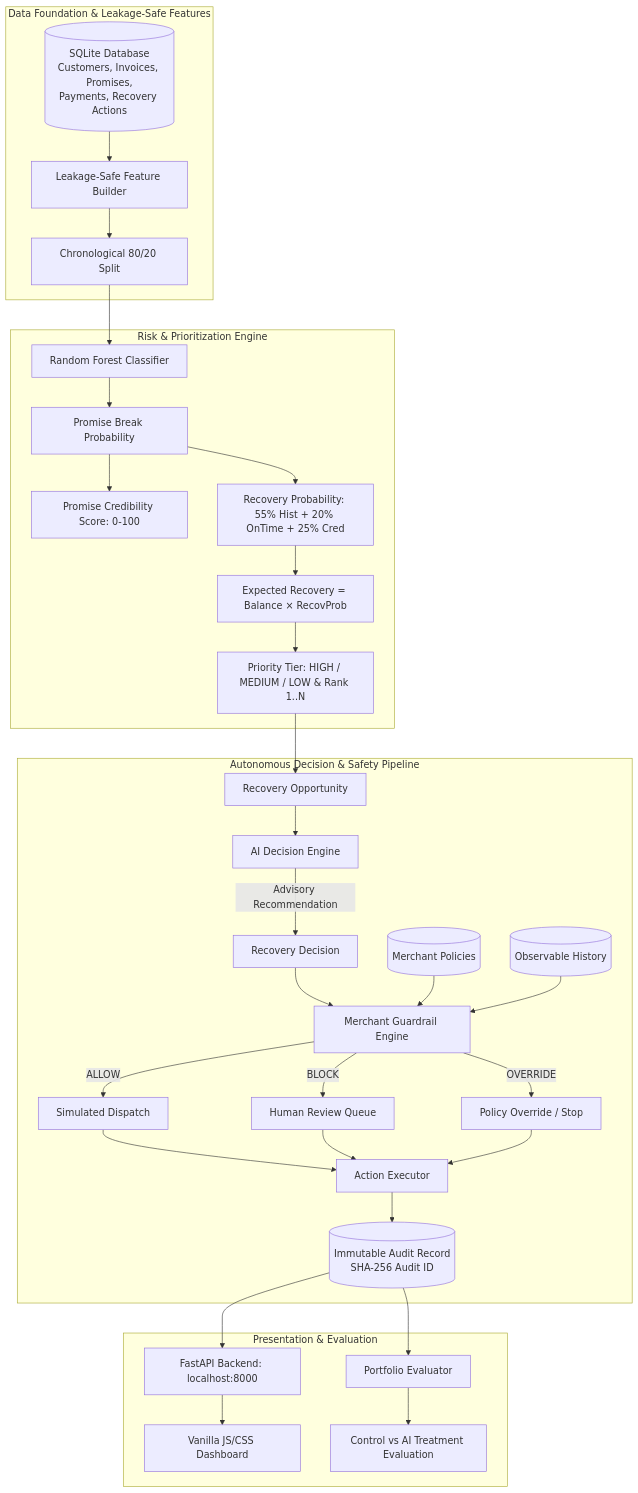
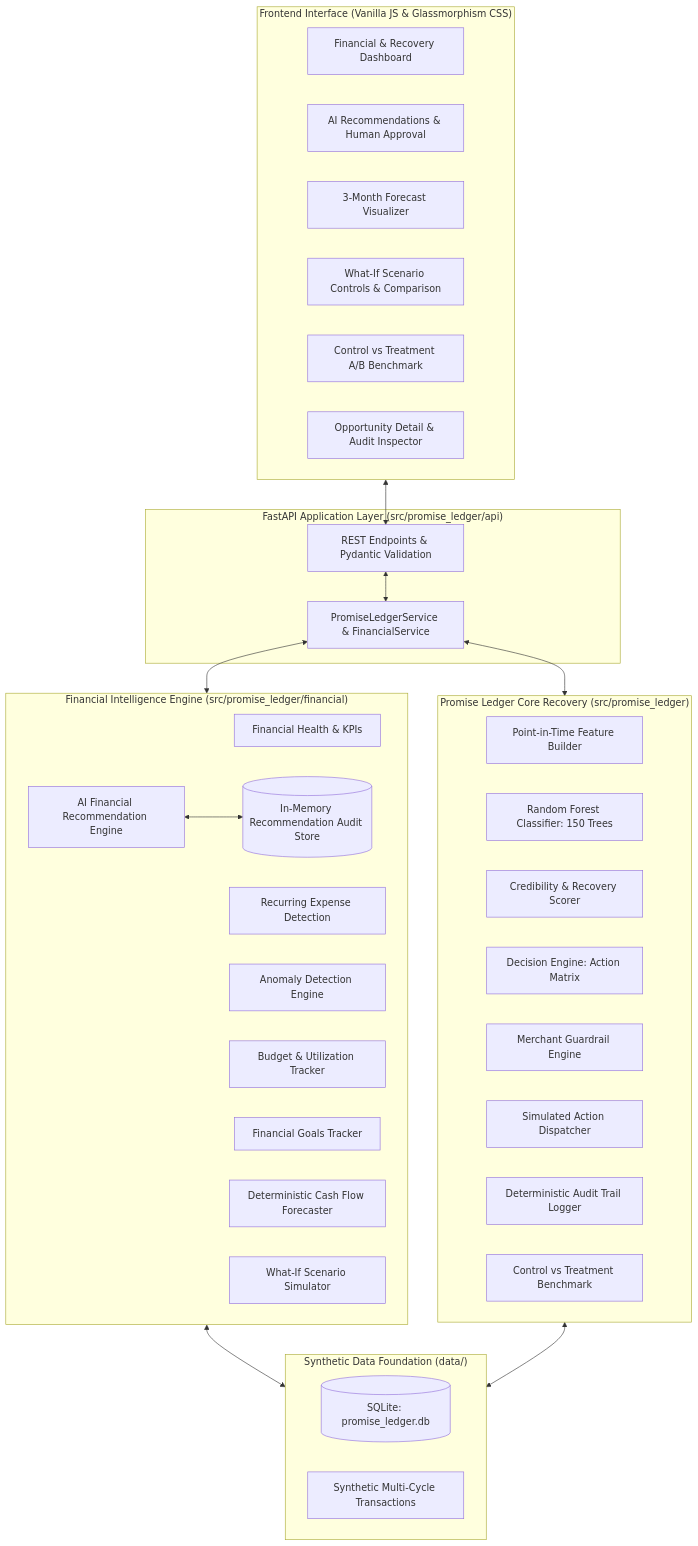
The diagram in README.md (PrakharPandeyk14/promise-ledger), drawn with Mermaid before and after one commit. The commit also changed other lines of this file and 21 other files, not shown here.

Commit message:
Prepare Promise Ledger for SIH release

````diff
--- a/README.md
+++ b/README.md
@@ -49,43 +192,52 @@
 ```mermaid
 flowchart TD
-    subgraph Data ["Data Foundation & Leakage-Safe Features"]
-        DB[(SQLite Database<br/>Customers, Invoices, Promises,<br/>Payments, Recovery Actions)] --> FeatureBuilder[Leakage-Safe Feature Builder]
-        FeatureBuilder --> Split[Chronological 80/20 Split]
+    subgraph UI ["Frontend Interface (Vanilla JS & Glassmorphism CSS)"]
+        DASH[Financial & Recovery Dashboard]
+        REC_UI[AI Recommendations & Human Approval]
+        FC_UI[3-Month Forecast Visualizer]
+        SCEN_UI[What-If Scenario Controls & Comparison]
+        EXP_UI[Control vs Treatment A/B Benchmark]
+        AUD_UI[Opportunity Detail & Audit Inspector]
     end
 
-    subgraph Intelligence ["Risk & Prioritization Engine"]
-        Split --> RFModel[Random Forest Classifier]
-        RFModel --> BreakProb[Promise Break Probability]
-        BreakProb --> CredScore[Promise Credibility Score: 0-100]
-        BreakProb --> RecovProb[Recovery Probability: 55% Hist + 20% OnTime + 25% Cred]
-        RecovProb --> ExpRec[Expected Recovery = Balance × RecovProb]
-        ExpRec --> Priority[Priority Tier: HIGH / MEDIUM / LOW & Rank 1..N]
+    subgraph API ["FastAPI Application Layer (src/promise_ledger/api)"]
+        Router[REST Endpoints & Pydantic Validation]
+        Service[PromiseLedgerService & FinancialService]
     end
 
-    subgraph Orchestration ["Autonomous Decision & Safety Pipeline"]
-        Priority --> Opp[Recovery Opportunity]
-        Opp --> DecisionEngine[AI Decision Engine]
-        DecisionEngine -->|Advisory Recommendation| Decision[Recovery Decision]
-
-        Decision --> GuardrailEngine[Merchant Guardrail Engine]
-        Policies[(Merchant Policies)] --> GuardrailEngine
-        State[(Observable History)] --> GuardrailEngine
-
-        GuardrailEngine -->|ALLOW| ExecSim[Simulated Dispatch]
-        GuardrailEngine -->|BLOCK| ExecBlock[Human Review Queue]
-        GuardrailEngine -->|OVERRIDE| ExecOverride[Policy Override / Stop]
-
-        ExecSim --> ActionExecutor[Action Executor]
-        ExecBlock --> ActionExecutor
-        ExecOverride --> ActionExecutor
-
-        ActionExecutor --> Audit[(Immutable Audit Record<br/>SHA-256 Audit ID)]
+    subgraph FinIntel ["Financial Intelligence Engine (src/promise_ledger/financial)"]
+        FinHealth[Financial Health & KPIs]
+        Recurring[Recurring Expense Detection]
+        Anomalies[Anomaly Detection Engine]
+        Budgets[Budget & Utilization Tracker]
+        Goals[Financial Goals Tracker]
+        Forecast[Deterministic Cash Flow Forecaster]
+        Simulator[What-If Scenario Simulator]
+        Recommender[AI Financial Recommendation Engine]
+        RecStore[(In-Memory Recommendation Audit Store)]
     end
 
-    subgraph Interface ["Presentation & Evaluation"]
-        Audit --> PortfolioSummary[Portfolio Evaluator]
-        Audit --> LiveAPI[FastAPI Backend: localhost:8000]
-        LiveAPI --> Dashboard[Vanilla JS/CSS Dashboard]
-        PortfolioSummary --> Experiment[Control vs AI Treatment Evaluation]
+    subgraph CoreEngine ["Promise Ledger Core Recovery (src/promise_ledger)"]
+        Features[Point-in-Time Feature Builder]
+        RFModel[Random Forest Classifier: 150 Trees]
+        Scorer[Credibility & Recovery Scorer]
+        Decision[Decision Engine: Action Matrix]
+        Guardrails[Merchant Guardrail Engine]
+        Executor[Simulated Action Dispatcher]
+        AuditEngine[Deterministic Audit Trail Logger]
+        Experiment[Control vs Treatment Benchmark]
     end
+
+    subgraph Storage ["Synthetic Data Foundation (data/)"]
+        DB[(SQLite: promise_ledger.db)]
+        SynLedger[Synthetic Multi-Cycle Transactions]
+    end
+
+    UI <--> Router
+    Router <--> Service
+    Service <--> FinIntel
+    Service <--> CoreEngine
+    FinIntel <--> Storage
+    CoreEngine <--> Storage
+    Recommender <--> RecStore
 ```
````
